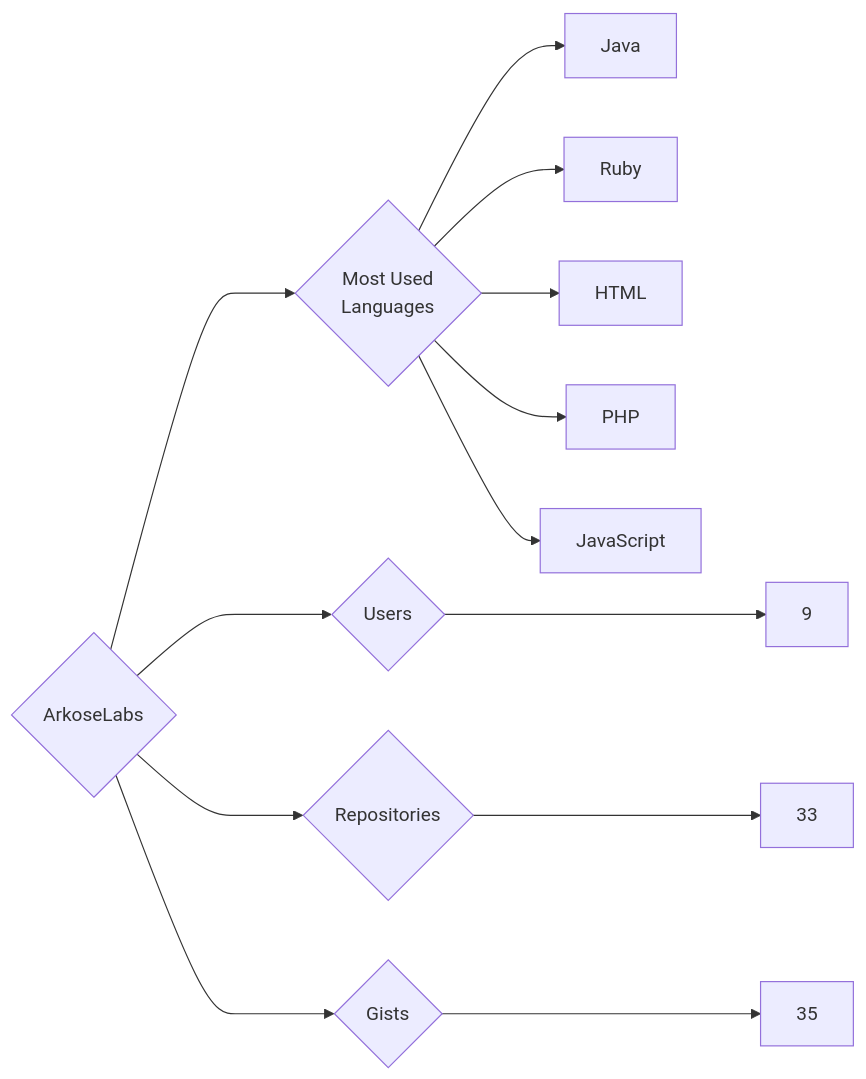
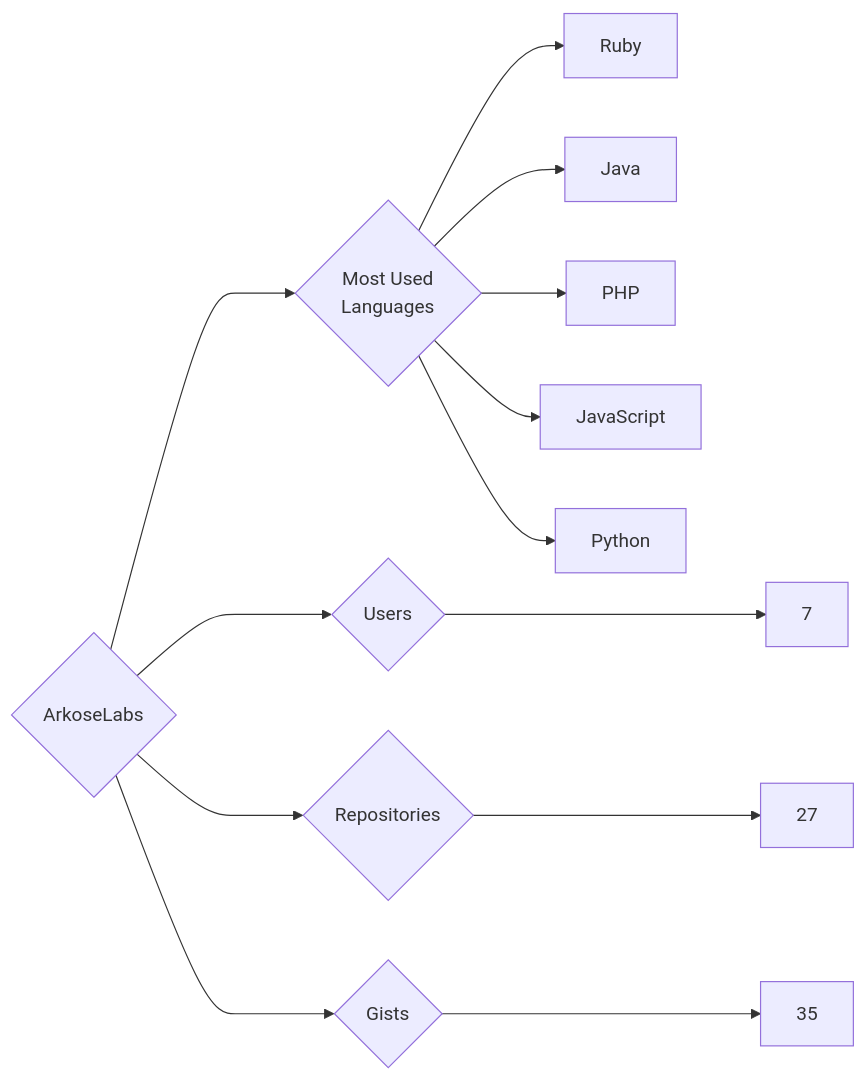
One commit to trickest/insiders changed the diagram in targets/ArkoseLabs/README.md. Above: the diagram before and after it, drawn with Mermaid. The commit also changed 1195 other files, not shown here.

````diff
--- a/targets/ArkoseLabs/README.md
+++ b/targets/ArkoseLabs/README.md
@@ -3,13 +3,13 @@
 ```mermaid
 graph LR
 COMPANY_NAME{ArkoseLabs}
-COMPANY_NAME ---> U{Users} ---> UN[9]
-COMPANY_NAME ---> R{Repositories} ---> RN[33]
+COMPANY_NAME ---> U{Users} ---> UN[7]
+COMPANY_NAME ---> R{Repositories} ---> RN[27]
 COMPANY_NAME ---> G{Gists} ---> GN[35]
 COMPANY_NAME ---> ML{Most Used<br>Languages}
+ML --> Ruby[Ruby]
 ML --> Java[Java]
-ML --> Ruby[Ruby]
-ML --> HTML[HTML]
 ML --> PHP[PHP]
 ML --> JavaScript[JavaScript]
+ML --> Python[Python]
 ```
````
